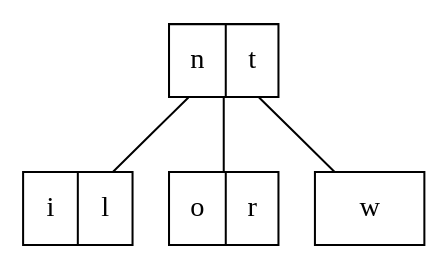
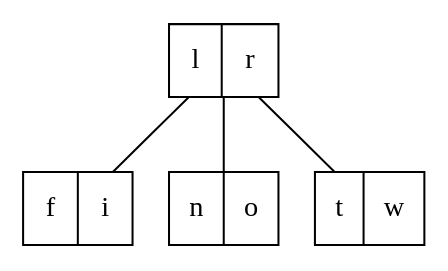
One commit to x6x4/lablab changed the diagram in 4b/tree_dump.dot. Above: the diagram before and after it, drawn with Graphviz. The commit also changed 9 other files, not shown here.

Commit message:
no more graphviz

```diff
--- a/4b/tree_dump.dot
+++ b/4b/tree_dump.dot
@@ -1,10 +1,10 @@
 strict graph {
 node [shape=record];
-node_0x56503e2c6df0 [label="n|t"];
-node_0x56503e2c6f50 [label="i|l"];
-node_0x56503e2c6df0 -- node_0x56503e2c6f50
-node_0x56503e2c7150 [label="o|r"];
-node_0x56503e2c6df0 -- node_0x56503e2c7150
-node_0x56503e2c71b0 [label="w"];
-node_0x56503e2c6df0 -- node_0x56503e2c71b0
+node_0x55d04206ade0 [label="l|r"];
+node_0x55d04206bf50 [label="f|i"];
+node_0x55d04206ade0 -- node_0x55d04206bf50
+node_0x55d04206c110 [label="n|o"];
+node_0x55d04206ade0 -- node_0x55d04206c110
+node_0x55d04206c170 [label="t|w"];
+node_0x55d04206ade0 -- node_0x55d04206c170
 }
```
